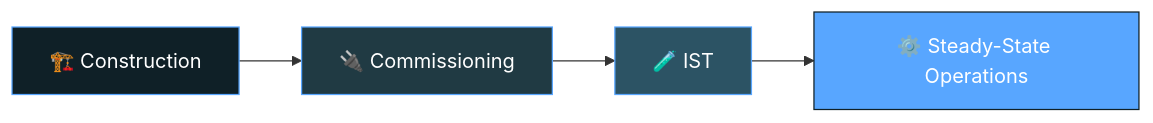
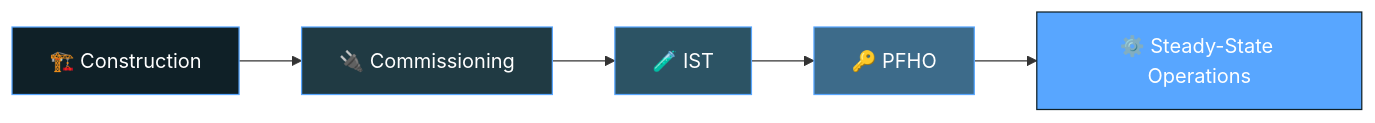
The first of 2 diagrams in README.md (urvesh1511/urvesh1511), drawn with Mermaid before and after one commit. The commit also changed other lines of this file, not shown here.

Commit message:
Add PFHO to lifecycle flow

````diff
--- a/README.md
+++ b/README.md
@@ -59,8 +59,9 @@
 ```mermaid
 flowchart LR
-    A[🏗️ Construction] --> B[🔌 Commissioning] --> C[🧪 IST] --> D[⚙️ Steady-State Operations]
+    A[🏗️ Construction] --> B[🔌 Commissioning] --> C[🧪 IST] --> D[🔑 PFHO] --> E[⚙️ Steady-State Operations]
     style A fill:#0F2027,stroke:#58A6FF,color:#fff
     style B fill:#203A43,stroke:#58A6FF,color:#fff
     style C fill:#2C5364,stroke:#58A6FF,color:#fff
-    style D fill:#58A6FF,stroke:#0F2027,color:#fff
+    style D fill:#3D6B8A,stroke:#58A6FF,color:#fff
+    style E fill:#58A6FF,stroke:#0F2027,color:#fff
 ```
````
